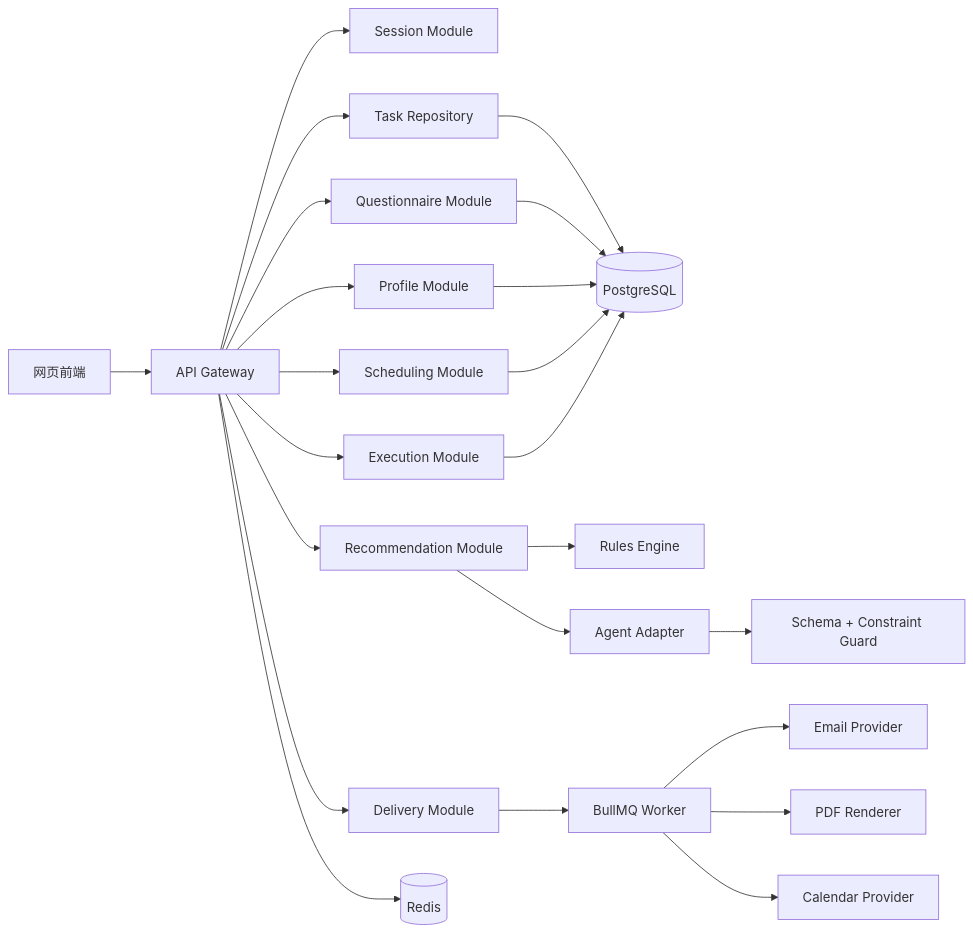
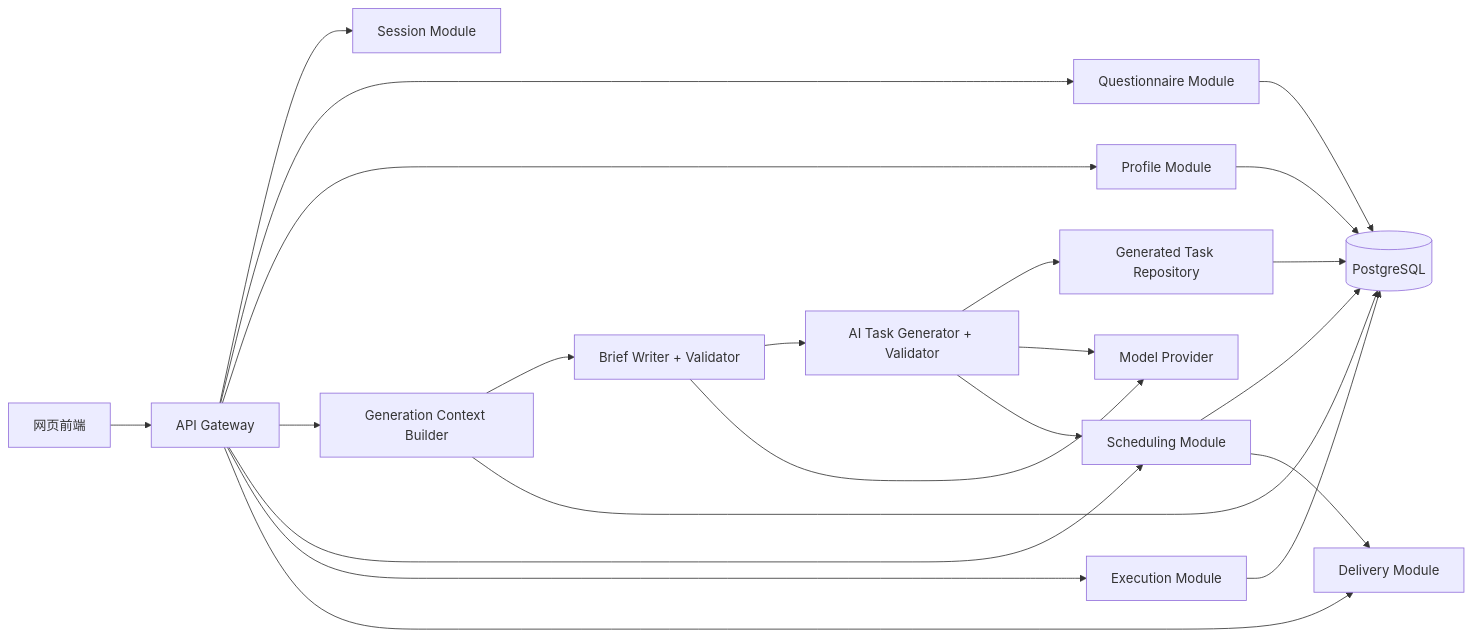
One commit to liorakozev639-a11y/yxy1.0 changed the diagram in outputs/空闲时间规划Agent后端技术方案.md. Above: the diagram before and after it, drawn with Mermaid. The commit also changed other lines of this file and 13 other files, not shown here.

````diff
--- a/outputs/空闲时间规划Agent后端技术方案.md
+++ b/outputs/空闲时间规划Agent后端技术方案.md
@@ -36,25 +36,24 @@
 ```mermaid
 flowchart LR
     Web[网页前端] --> API[API Gateway]
     API --> Session[Session Module]
     API --> Questionnaire[Questionnaire Module]
     API --> Profile[Profile Module]
-    API --> Task[Task Repository]
-    API --> Recommend[Recommendation Module]
+    API --> Context[Generation Context Builder]
+    Context --> Brief[Brief Writer + Validator]
+    Brief --> Recommend[AI Task Generator + Validator]
+    Recommend --> Generated[Generated Task Repository]
     API --> Schedule[Scheduling Module]
     API --> Execute[Execution Module]
     API --> Delivery[Delivery Module]
-    Task --> DB[(PostgreSQL)]
+    Generated --> DB[(PostgreSQL)]
     Questionnaire --> DB
     Profile --> DB
     Schedule --> DB
     Execute --> DB
-    API --> Redis[(Redis)]
-    Recommend --> Rules[Rules Engine]
-    Recommend --> Agent[Agent Adapter]
-    Agent --> Guard[Schema + Constraint Guard]
-    Delivery --> Queue[BullMQ Worker]
-    Queue --> Email[Email Provider]
-    Queue --> PDF[PDF Renderer]
-    Queue --> Calendar[Calendar Provider]
+    Context --> DB
+    Brief --> Model[Model Provider]
+    Recommend --> Model
+    Recommend --> Schedule
+    Schedule --> Delivery
 ```
````
